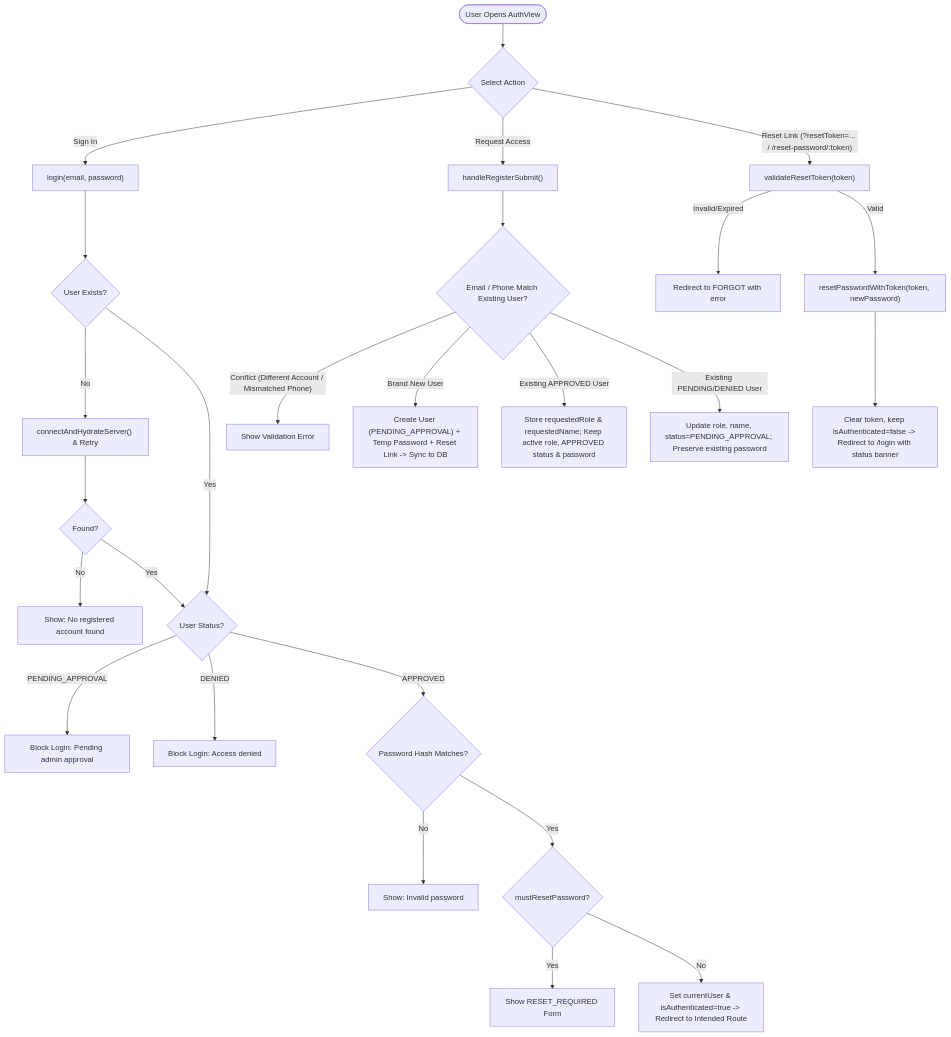
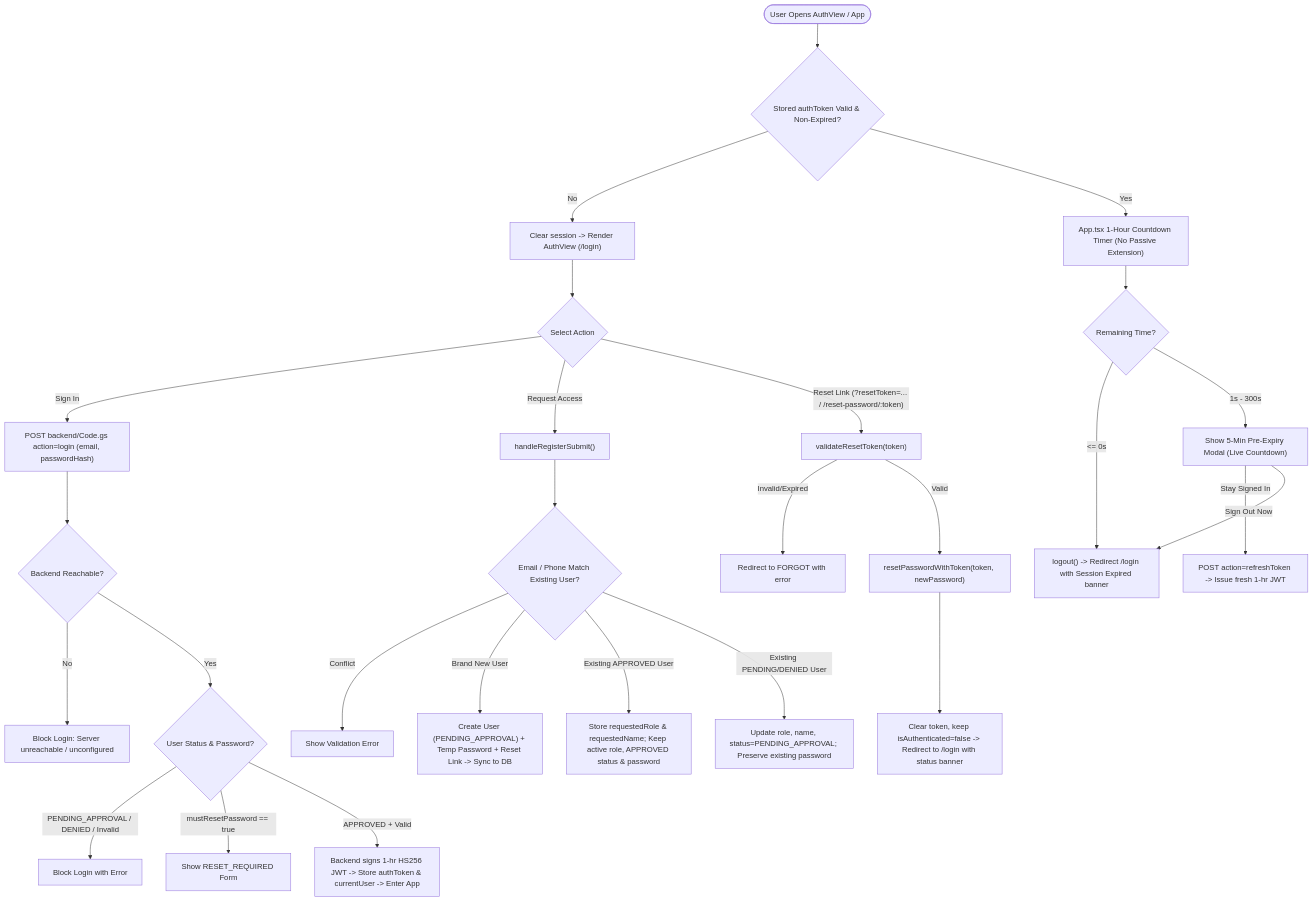
One commit to dev-snehit/katha-app changed the first of 5 diagrams in docs/MODULES_AND_FLOWCHARTS.md. Above: the diagram before and after it, drawn with Mermaid. The commit also changed other lines of this file and 9 other files, not shown here.

Commit message:
feat(auth): implement HS256 JWT 1-hour session auth, pre-expiry warning, and forced logout

````diff
--- a/docs/MODULES_AND_FLOWCHARTS.md
+++ b/docs/MODULES_AND_FLOWCHARTS.md
@@ -30,31 +34,33 @@
 ```mermaid
 flowchart TD
-    Start(["User Opens AuthView"]) --> Choice{"Select Action"}
+    Start(["User Opens AuthView / App"]) --> BootCheck{"Stored authToken Valid & Non-Expired?"}
+    BootCheck -- No --> ShowLogin["Clear session -> Render AuthView (/login)"]
+    BootCheck -- Yes --> ActiveTimer["App.tsx 1-Hour Countdown Timer (No Passive Extension)"]
 
-    Choice -- "Sign In" --> LoginCheck["login(email, password)"]
-    LoginCheck --> Found{"User Exists?"}
-    Found -- No --> Hydrate["connectAndHydrateServer() & Retry"]
-    Hydrate --> Found2{"Found?"}
-    Found2 -- No --> ErrNoUser["Show: No registered account found"]
-    Found2 -- Yes --> StatusGate
-    Found -- Yes --> StatusGate{"User Status?"}
-    StatusGate -- PENDING_APPROVAL --> ErrPending["Block Login: Pending admin approval"]
-    StatusGate -- DENIED --> ErrDenied["Block Login: Access denied"]
-    StatusGate -- APPROVED --> PassCheck{"Password Hash Matches?"}
-    PassCheck -- No --> ErrPass["Show: Invalid password"]
-    PassCheck -- Yes --> MustReset{"mustResetPassword?"}
-    MustReset -- Yes --> ForceReset["Show RESET_REQUIRED Form"]
-    MustReset -- No --> EnterApp["Set currentUser & isAuthenticated=true -> Redirect to Intended Route"]
+    ShowLogin --> Choice{"Select Action"}
+    Choice -- "Sign In" --> BackendLogin["POST backend/Code.gs action=login (email, passwordHash)"]
+    BackendLogin --> NetCheck{"Backend Reachable?"}
+    NetCheck -- No --> ErrOffline["Block Login: Server unreachable / unconfigured"]
+    NetCheck -- Yes --> StatusGate{"User Status & Password?"}
+    StatusGate -- "PENDING_APPROVAL / DENIED / Invalid" --> ErrAuth["Block Login with Error"]
+    StatusGate -- "mustResetPassword == true" --> ForceReset["Show RESET_REQUIRED Form"]
+    StatusGate -- "APPROVED + Valid" --> IssueJWT["Backend signs 1-hr HS256 JWT -> Store authToken & currentUser -> Enter App"]
+
+    ActiveTimer --> RemCheck{"Remaining Time?"}
+    RemCheck -- "<= 0s" --> ForceLogout["logout() -> Redirect /login with Session Expired banner"]
+    RemCheck -- "1s - 300s" --> WarnModal["Show 5-Min Pre-Expiry Modal (Live Countdown)"]
+    WarnModal -- "Stay Signed In" --> RefreshJWT["POST action=refreshToken -> Issue fresh 1-hr JWT"]
+    WarnModal -- "Sign Out Now" --> ForceLogout
 
     Choice -- "Request Access" --> RegSubmit["handleRegisterSubmit()"]
     RegSubmit --> MatchCheck{"Email / Phone Match Existing User?"}
-    MatchCheck -- "Conflict (Different Account / Mismatched Phone)" --> ErrConflict["Show Validation Error"]
+    MatchCheck -- "Conflict" --> ErrConflict["Show Validation Error"]
     MatchCheck -- "Brand New User" --> NewUser["Create User (PENDING_APPROVAL) + Temp Password + Reset Link -> Sync to DB"]
     MatchCheck -- "Existing APPROVED User" --> RoleReq["Store requestedRole & requestedName; Keep active role, APPROVED status & password"]
     MatchCheck -- "Existing PENDING/DENIED User" --> ReReq["Update role, name, status=PENDING_APPROVAL; Preserve existing password"]
 
     Choice -- "Reset Link (?resetToken=... / /reset-password/:token)" --> ValidateTok["validateResetToken(token)"]
     ValidateTok -- Invalid/Expired --> ShowForgot["Redirect to FORGOT with error"]
     ValidateTok -- Valid --> SubmitNewPass["resetPasswordWithToken(token, newPassword)"]
     SubmitNewPass --> RedirectLogin["Clear token, keep isAuthenticated=false -> Redirect to /login with status banner"]
 ```
````
